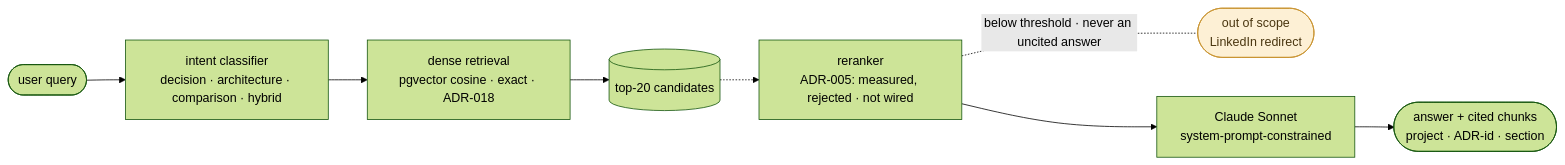
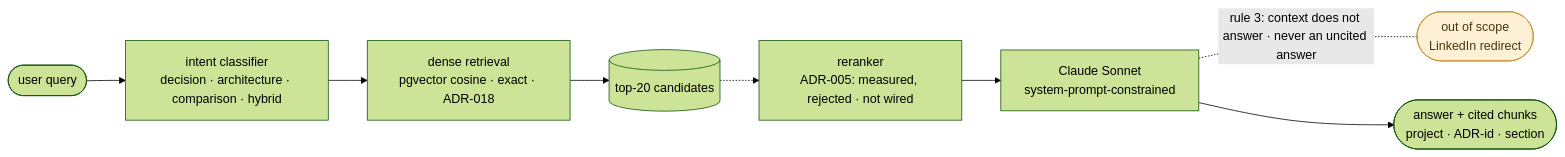
Before and after one commit to christiandrocha/data-platform-rag: the first of 3 diagrams in README.md, drawn with Mermaid (forest theme). The commit also changed other lines of this file and 12 other files, not shown here.

````diff
--- a/README.md
+++ b/README.md
@@ -35,12 +37,12 @@
 ```mermaid
 graph LR
     Q([user query]) --> IC[intent classifier<br/>decision · architecture · comparison · hybrid]
     IC --> HR[dense retrieval<br/>pgvector cosine · exact · ADR-018]
     HR --> C[(top-20 candidates)]
     C -.-> RR[reranker<br/>ADR-005: measured, rejected · not wired]
-    RR -.below threshold · never an uncited answer.- FB([out of scope<br/>LinkedIn redirect])
     RR --> G[Claude Sonnet<br/>system-prompt-constrained]
+    G -.rule 3: context does not answer · never an uncited answer.- FB([out of scope<br/>LinkedIn redirect])
     G --> A([answer + cited chunks<br/>project · ADR-id · section])
     class FB gate;
     classDef gate fill:#fdf0d5,stroke:#c8922e,color:#4a3610;
 ```
````
